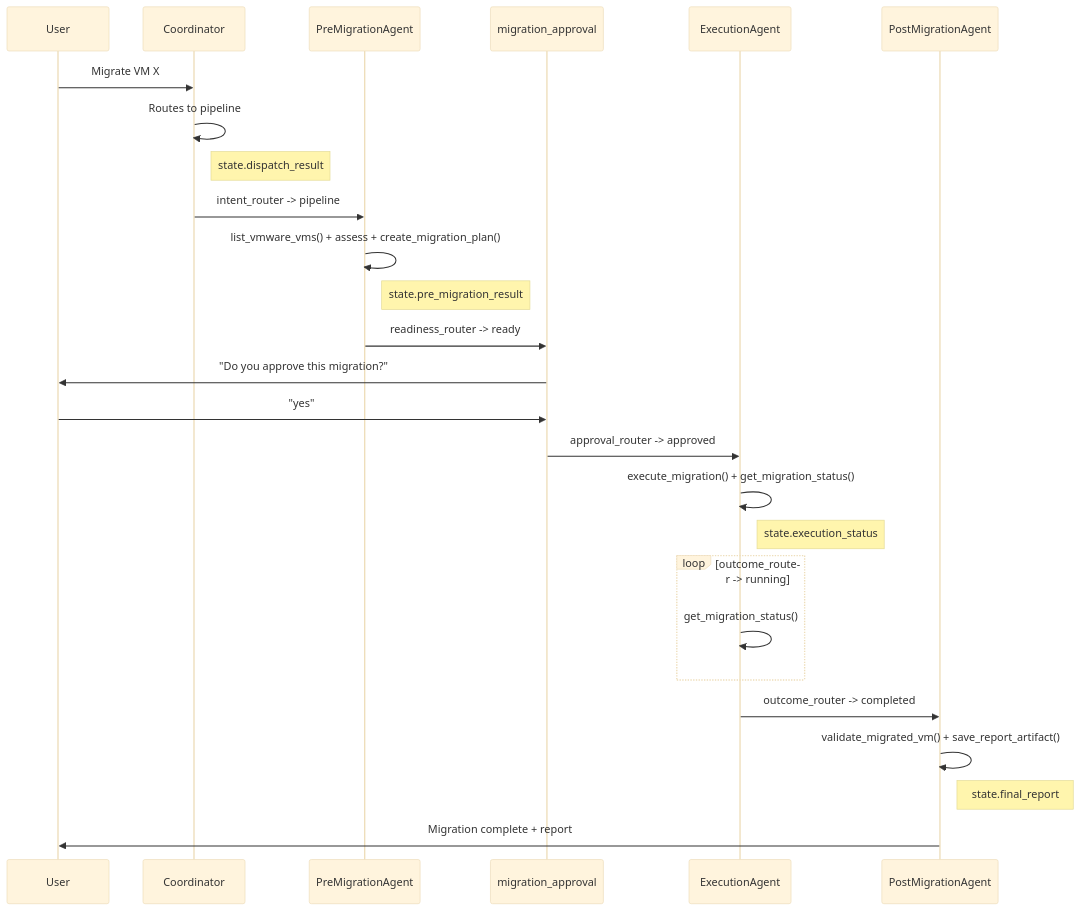
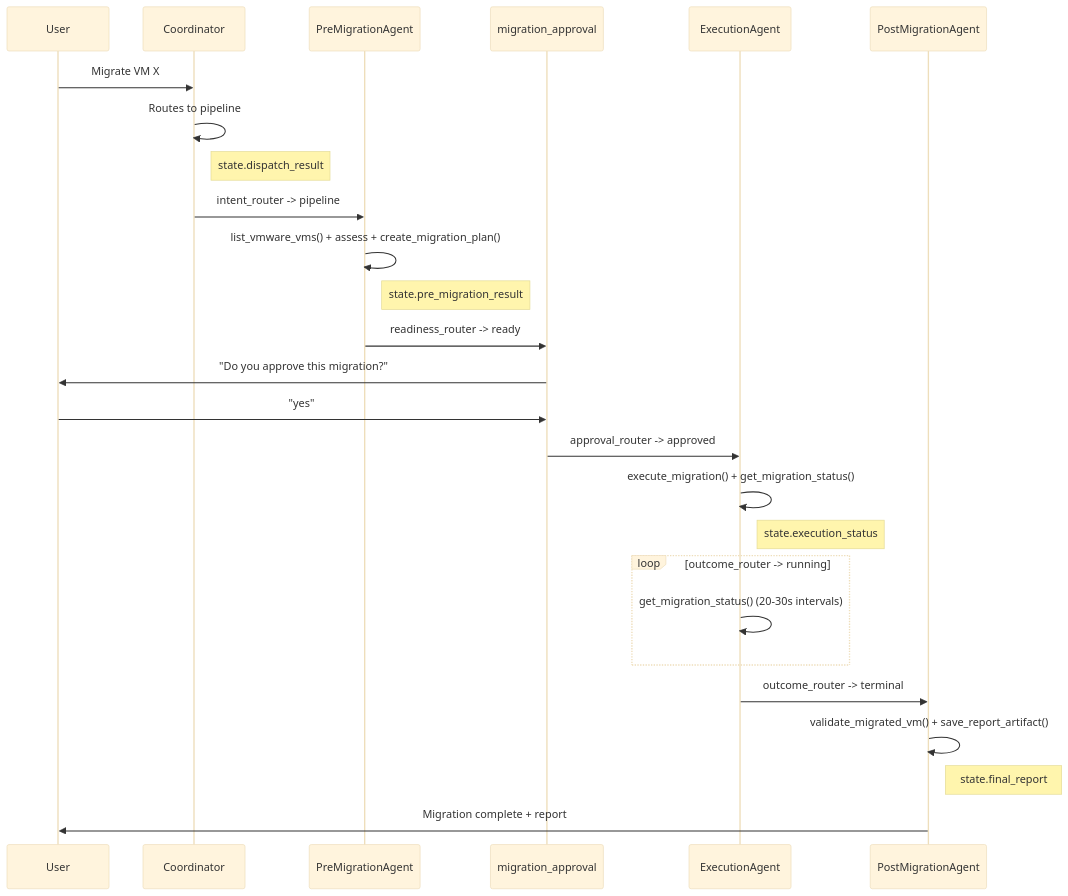
Before and after one commit to rrbanda/ocp-virt-migration-agent: the fourth of 4 diagrams in docs/architecture.md, drawn with Mermaid (base theme). The commit also changed other lines of this file and 5 other files, not shown here.

First line of the commit message:
docs: update architecture diagrams and text for current 4-agent Workflow

````diff
--- a/docs/architecture.md
+++ b/docs/architecture.md
@@ -267,34 +313,34 @@
 ```mermaid
 sequenceDiagram
     participant User
     participant C as Coordinator
     participant PM as PreMigrationAgent
     participant HITL as migration_approval
     participant E as ExecutionAgent
     participant Post as PostMigrationAgent
 
     User->>C: Migrate VM X
     C->>C: Routes to pipeline
     Note right of C: state.dispatch_result
 
     C->>PM: intent_router -> pipeline
     PM->>PM: list_vmware_vms() + assess + create_migration_plan()
     Note right of PM: state.pre_migration_result
 
     PM->>HITL: readiness_router -> ready
     HITL->>User: "Do you approve this migration?"
     User->>HITL: "yes"
 
     HITL->>E: approval_router -> approved
     E->>E: execute_migration() + get_migration_status()
     Note right of E: state.execution_status
 
     loop outcome_router -> running
-        E->>E: get_migration_status()
+        E->>E: get_migration_status() (20-30s intervals)
     end
 
-    E->>Post: outcome_router -> completed
+    E->>Post: outcome_router -> terminal
     Post->>Post: validate_migrated_vm() + save_report_artifact()
     Note right of Post: state.final_report
     Post->>User: Migration complete + report
 ```
````
